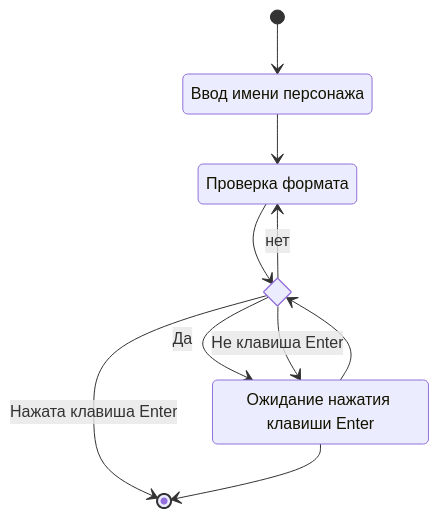
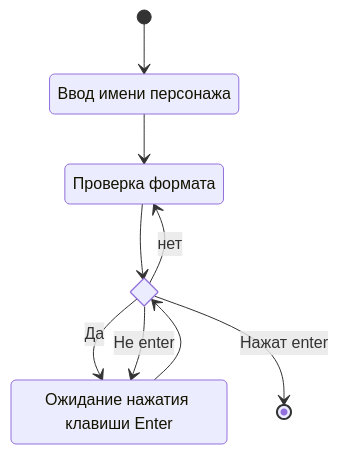
One commit to EgorVarshutin22107/laughing-potato changed the first of 7 diagrams in docs/functions.md. Above: the diagram before and after it, drawn with Mermaid.

````diff
--- a/docs/functions.md
+++ b/docs/functions.md
@@ -56,19 +56,18 @@
 ```mermaid
 stateDiagram-v2
 node1: Ввод имени персонажа
 node2: Проверка формата
 node3: Ожидание нажатия клавиши Enter
 state if_state <<choice>>
 
 
 [*] --> node1
 node1 --> node2
 node2 --> if_state
 if_state --> node3 : Да
+if_state --> node2 : нет
 node3 --> if_state
-if_state --> [*] : Нажата клавиша Enter
-node3 --> [*]
-if_state --> node3 : Не клавиша Enter
-if_state --> node2 : нет 
+if_state --> [*] : Нажат enter
+if_state --> node3 : Не enter
 
 ```
````
